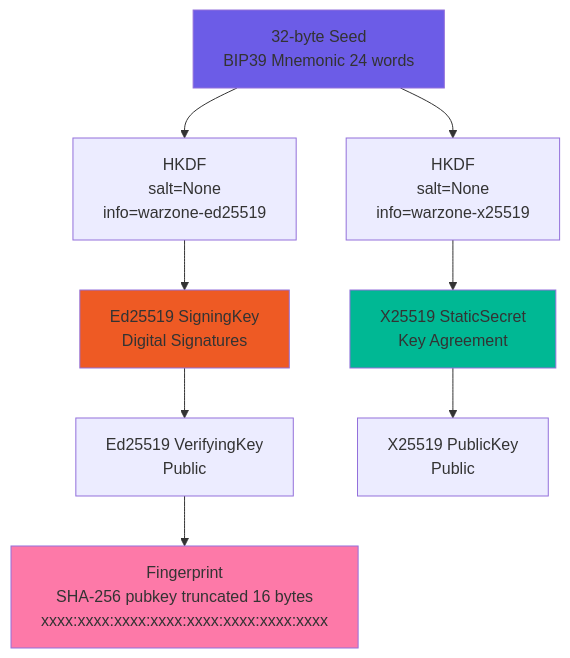
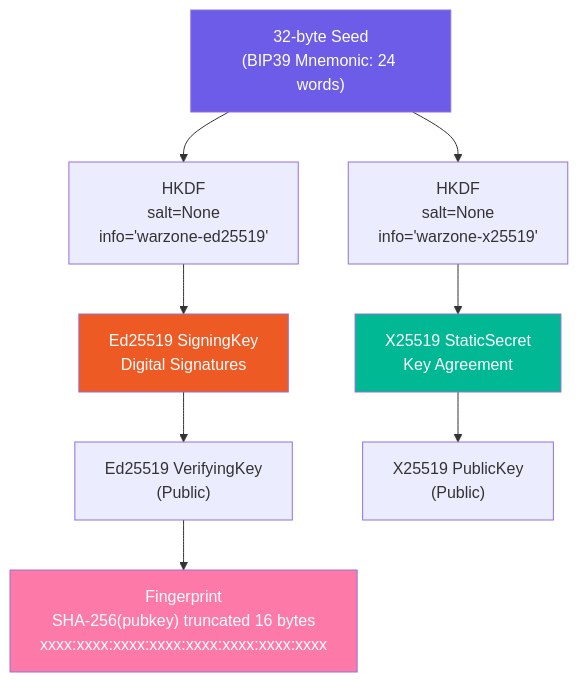
Diagram 14 of 19 in docs/ARCHITECTURE.md (manawenuz/wzp), drawn with Mermaid before and after one commit. The commit also changed other lines of this file and 3 other files, not shown here.

First line of the commit message:
docs: comprehensive documentation — design, architecture, admin, user guide

````diff
--- a/docs/ARCHITECTURE.md
+++ b/docs/ARCHITECTURE.md
@@ -224,18 +610,18 @@
 ```mermaid
 graph TD
-    SEED[32-byte Seed<br/>BIP39 Mnemonic 24 words] --> HKDF1[HKDF<br/>salt=None<br/>info=warzone-ed25519]
-    SEED --> HKDF2[HKDF<br/>salt=None<br/>info=warzone-x25519]
+    SEED["32-byte Seed<br/>(BIP39 Mnemonic: 24 words)"] --> HKDF1["HKDF<br/>salt=None<br/>info='warzone-ed25519'"]
+    SEED --> HKDF2["HKDF<br/>salt=None<br/>info='warzone-x25519'"]
 
-    HKDF1 --> ED[Ed25519 SigningKey<br/>Digital Signatures]
-    HKDF2 --> X25519[X25519 StaticSecret<br/>Key Agreement]
+    HKDF1 --> ED["Ed25519 SigningKey<br/>Digital Signatures"]
+    HKDF2 --> X25519["X25519 StaticSecret<br/>Key Agreement"]
 
-    ED --> VKEY[Ed25519 VerifyingKey<br/>Public]
-    X25519 --> XPUB[X25519 PublicKey<br/>Public]
+    ED --> VKEY["Ed25519 VerifyingKey<br/>(Public)"]
+    X25519 --> XPUB["X25519 PublicKey<br/>(Public)"]
 
-    VKEY --> FP[Fingerprint<br/>SHA-256 pubkey truncated 16 bytes<br/>xxxx:xxxx:xxxx:xxxx:xxxx:xxxx:xxxx:xxxx]
+    VKEY --> FP["Fingerprint<br/>SHA-256(pubkey) truncated 16 bytes<br/>xxxx:xxxx:xxxx:xxxx:xxxx:xxxx:xxxx:xxxx"]
 
-    style SEED fill:#6c5ce7
-    style FP fill:#fd79a8
-    style ED fill:#ee5a24
-    style X25519 fill:#00b894
+    style SEED fill:#6c5ce7,color:#fff
+    style FP fill:#fd79a8,color:#fff
+    style ED fill:#ee5a24,color:#fff
+    style X25519 fill:#00b894,color:#fff
 ```
````
